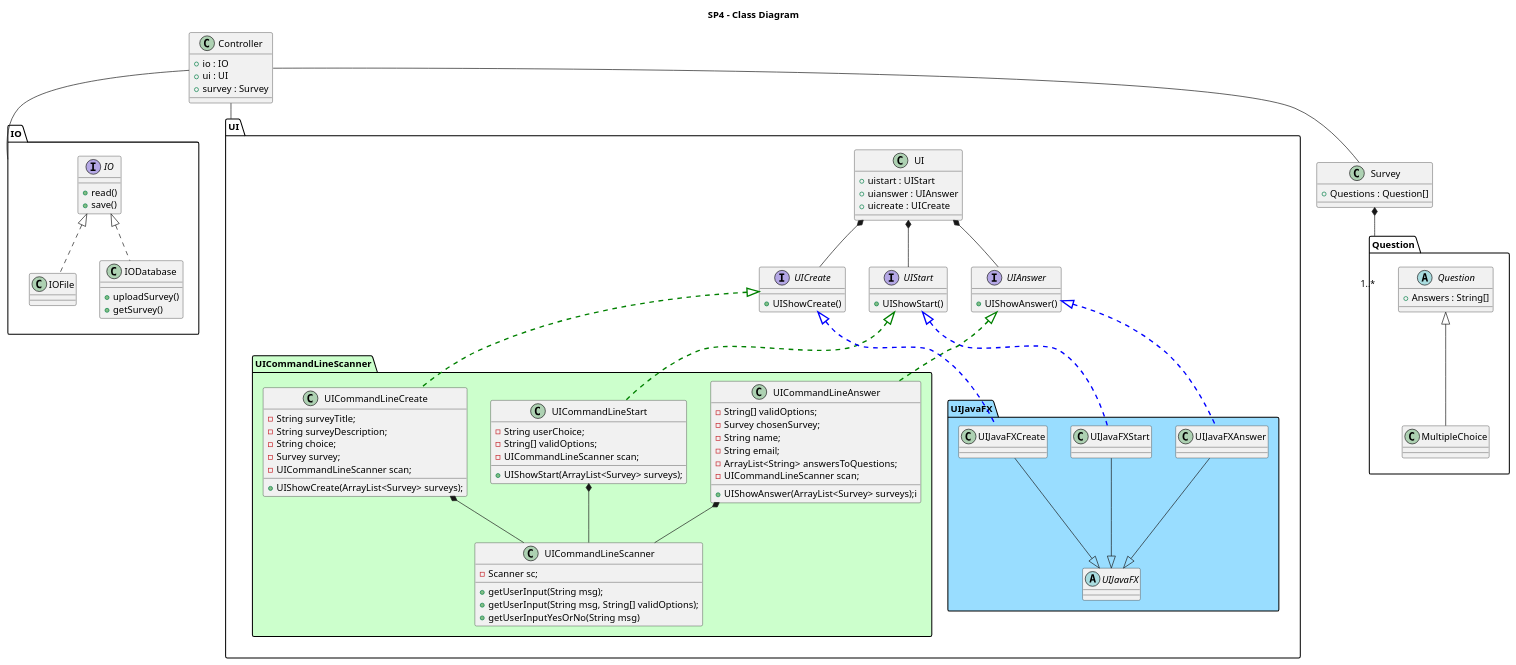
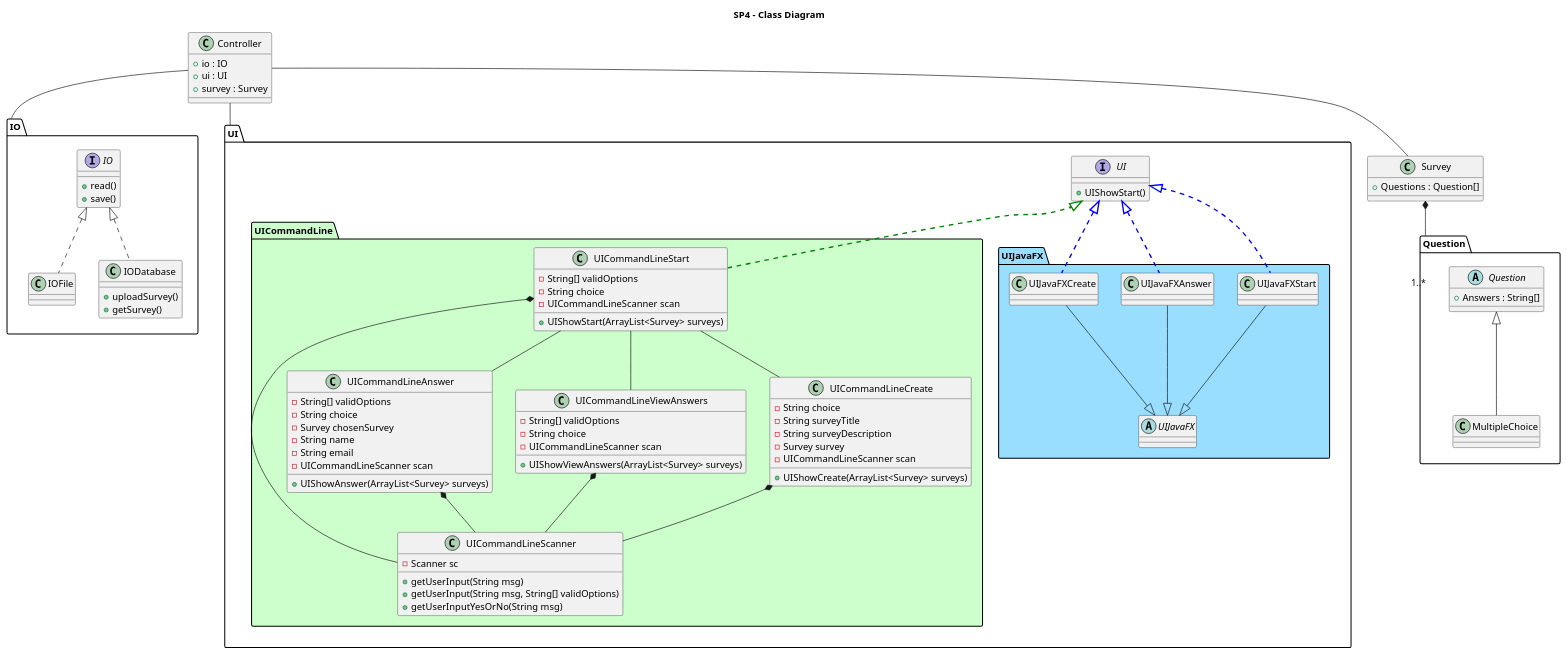
The diagram in doc/Class Diagram.puml (DeRp-DaWg/SP4), drawn with PlantUML before and after one commit. The commit also changed 45 other files, not shown here.

Commit message:
UICommandLine done and working :)

```diff
--- a/doc/Class Diagram.puml
+++ b/doc/Class Diagram.puml
@@ -1,137 +1,132 @@
     @startuml
 'https://plantuml.com/class-diagram
 title SP4 - Class Diagram
 
 package Question {
     abstract class Question {
         + Answers : String[]
     }
 
     class MultipleChoice {
     }
 
     'class CheckboxChoice {'
     '}'
 
     Question <|-- MultipleChoice
     'Question <|-- CheckboxChoice'
 }
 
 class Survey {
     + Questions : Question[]
 }
 
 Survey *--"1..*" Question
 
 
 package IO {
     interface IO {
         + read()
         + save()
     }
 
     class IOFile {
     }
 
     class IODatabase {
         + uploadSurvey()
         + getSurvey()
     }
 
     IO <|.. IOFile
     IO <|.. IODatabase
 }
 
 package UI {
-    class UI {
-        + uistart : UIStart
-        + uianswer : UIAnswer
-        + uicreate : UICreate
+    interface UI {
+    +UIShowStart()
     }
 
-    interface UIStart {
-        + UIShowStart()
-    }
+    package UICommandLine #CCFFCC {
+        class UICommandLineScanner {
+             -Scanner sc
 
-    interface UIAnswer {
-        + UIShowAnswer()
-    }
-
-    interface UICreate {
-        + UIShowCreate()
-    }
-
-    UI *-- UIStart
-    UI *-- UIAnswer
-    UI *-- UICreate
-    package UICommandLineScanner #CCFFCC {
-        class UICommandLineScanner {
-        -Scanner sc;
-
-        +getUserInput(String msg);
-        +getUserInput(String msg, String[] validOptions);
-        +getUserInputYesOrNo(String msg)
+             +getUserInput(String msg)
+             +getUserInput(String msg, String[] validOptions)
+             +getUserInputYesOrNo(String msg)
 
         }
         class UICommandLineStart {
-        -String userChoice;
-        -String[] validOptions;
-        -UICommandLineScanner scan;
+              -String[] validOptions
+              -String choice
+              -UICommandLineScanner scan
 
-        +UIShowStart(ArrayList<Survey> surveys);
+               +UIShowStart(ArrayList<Survey> surveys)
         }
         class UICommandLineAnswer {
-             -String[] validOptions;
-             -Survey chosenSurvey;
-             -String name;
-             -String email;
-             -ArrayList<String> answersToQuestions;
-             -UICommandLineScanner scan;
-             +UIShowAnswer(ArrayList<Survey> surveys);i
+             -String[] validOptions
+             -String choice
+             -Survey chosenSurvey
+             -String name
+             -String email
+             -UICommandLineScanner scan
+
+             +UIShowAnswer(ArrayList<Survey> surveys)
 
         }
+                class UICommandLineViewAnswers {
+                     -String[] validOptions
+                     -String choice
+                     -UICommandLineScanner scan
+
+                     +UIShowViewAnswers(ArrayList<Survey> surveys)
+
+                }
         class UICommandLineCreate {
-               -String surveyTitle;
-               -String surveyDescription;
-                    -String choice;
-                    -Survey survey;
-                    -UICommandLineScanner scan;
-                    +UIShowCreate(ArrayList<Survey> surveys);
+               -String choice
+               -String surveyTitle
+               -String surveyDescription
+               -Survey survey
+               -UICommandLineScanner scan
+
+               +UIShowCreate(ArrayList<Survey> surveys)
         }
+        UICommandLineStart -- UICommandLineCreate
+        UICommandLineStart -- UICommandLineAnswer
+        UICommandLineStart -- UICommandLineViewAnswers
         UICommandLineStart *-- UICommandLineScanner
         UICommandLineAnswer *-- UICommandLineScanner
+        UICommandLineViewAnswers *-- UICommandLineScanner
         UICommandLineCreate *-- UICommandLineScanner
     }
     package UIJavaFX #99DDFF {
         abstract class UIJavaFX {
         }
         class UIJavaFXStart {
         }
         class UIJavaFXAnswer {
         }
         class UIJavaFXCreate {
         }
         UIJavaFXStart --|> UIJavaFX
         UIJavaFXAnswer --|> UIJavaFX
         UIJavaFXCreate --|> UIJavaFX
     }
-    UIStart <|..[#green,thickness=2] UICommandLineStart
-    UIStart <|..[#blue,thickness=2] UIJavaFXStart
-    UIAnswer <|..[#green,thickness=2] UICommandLineAnswer
-    UIAnswer <|..[#blue,thickness=2] UIJavaFXAnswer
-    UICreate <|..[#green,thickness=2] UICommandLineCreate
-    UICreate <|..[#blue,thickness=2] UIJavaFXCreate
+    UI <|..[#green,thickness=2] UICommandLineStart
+    UI <|..[#blue,thickness=2] UIJavaFXStart
+    UI <|..[#blue,thickness=2] UIJavaFXAnswer
+    UI <|..[#blue,thickness=2] UIJavaFXCreate
 }
 
 class Controller {
     + io : IO
     + ui : UI
     + survey : Survey
 }
 
 Controller -- Survey
 Controller -- IO
 Controller -- UI
 
 
 @enduml
```
